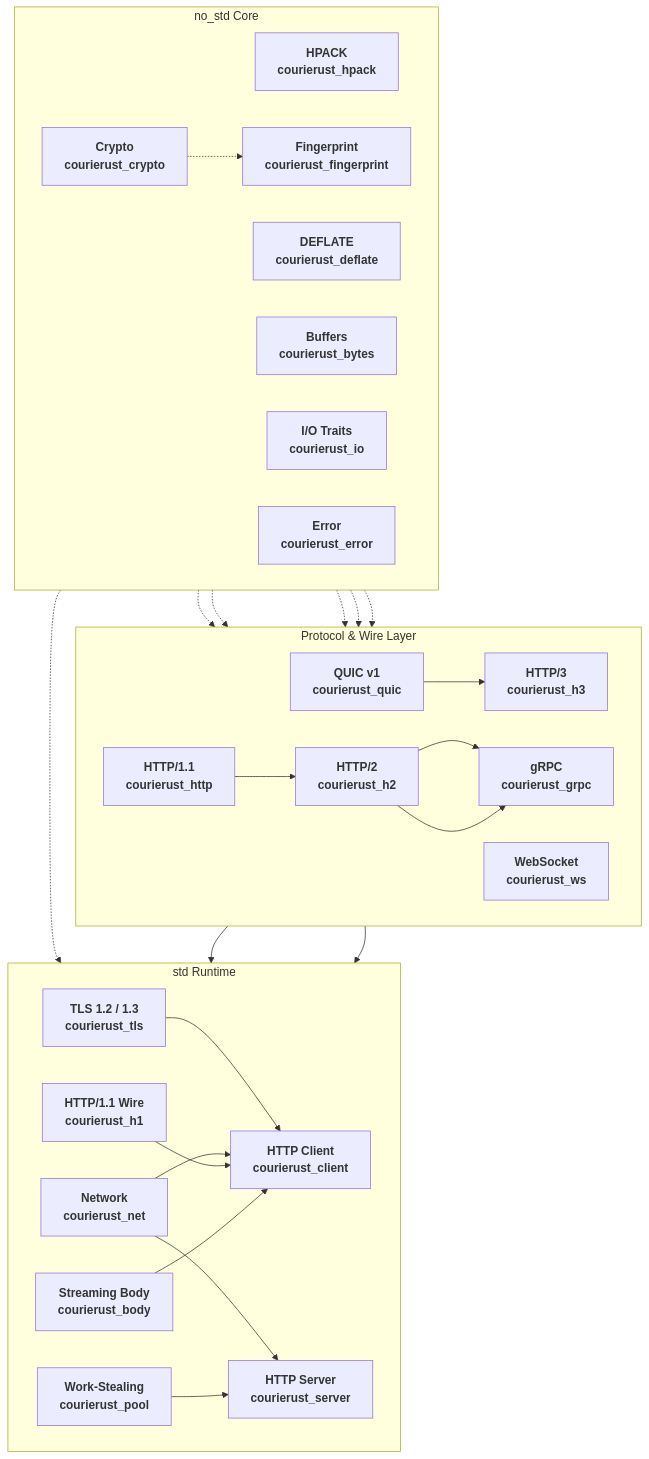
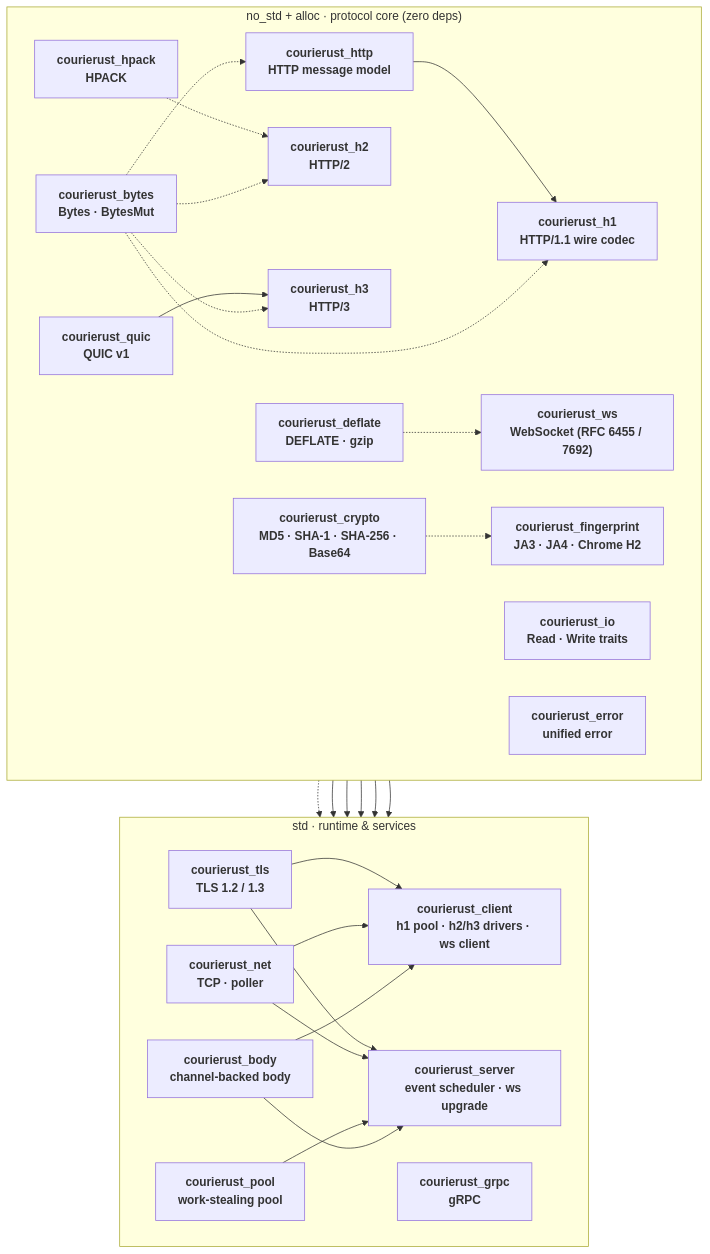
The diagram in README.md (blueokanna/Courierust), drawn with Mermaid before and after one commit. The commit also changed other lines of this file and 43 other files, not shown here.

First line of the commit message:
Update documentation and examples for gRPC, HTTP, and no_std modules

````diff
--- a/README.md
+++ b/README.md
@@ -349,93 +411,72 @@
 flowchart TB
 
     %% ==================================================
-    %% Protocol Layer
+    %% Protocol core: no_std + alloc, zero dependencies
     %% ==================================================
-    subgraph PROTOCOL["Protocol & Wire Layer"]
+    subgraph CORE["no_std + alloc · protocol core (zero deps)"]
         direction LR
 
-        H1M["HTTP/1.1<br/>courierust_http"]
-        H2M["HTTP/2<br/>courierust_h2"]
-        H3M["HTTP/3<br/>courierust_h3"]
-        QUIC["QUIC v1<br/>courierust_quic"]
-        WS["WebSocket<br/>courierust_ws"]
-        GRPC["gRPC<br/>courierust_grpc"]
-
-        H1M --> H2M
-        QUIC --> H3M
-        H2M --> GRPC
+        HTTP["courierust_http<br/>HTTP message model"]
+        H1["courierust_h1<br/>HTTP/1.1 wire codec"]
+        HPACK["courierust_hpack<br/>HPACK"]
+        H2["courierust_h2<br/>HTTP/2"]
+        QUIC["courierust_quic<br/>QUIC v1"]
+        H3["courierust_h3<br/>HTTP/3"]
+        WS["courierust_ws<br/>WebSocket (RFC 6455 / 7692)"]
+        DEFLATE["courierust_deflate<br/>DEFLATE · gzip"]
+        FP["courierust_fingerprint<br/>JA3 · JA4 · Chrome H2"]
+        CRYPTO["courierust_crypto<br/>MD5 · SHA-1 · SHA-256 · Base64"]
+        BYTES["courierust_bytes<br/>Bytes · BytesMut"]
+        IO["courierust_io<br/>Read · Write traits"]
+        ERR["courierust_error<br/>unified error"]
     end
 
-
     %% ==================================================
-    %% Core Layer
+    %% Runtime: std only
     %% ==================================================
-    subgraph CORE["no_std Core"]
+    subgraph RUNTIME["std · runtime & services"]
         direction LR
 
-        HPACK["HPACK<br/>courierust_hpack"]
-        CRYPTO["Crypto<br/>courierust_crypto"]
-        DEFLATE["DEFLATE<br/>courierust_deflate"]
-        FP["Fingerprint<br/>courierust_fingerprint"]
-        BYTES["Buffers<br/>courierust_bytes"]
-        IO["I/O Traits<br/>courierust_io"]
-        ERR["Error<br/>courierust_error"]
+        TLS["courierust_tls<br/>TLS 1.2 / 1.3"]
+        NET["courierust_net<br/>TCP · poller"]
+        POOL["courierust_pool<br/>work-stealing pool"]
+        BODY["courierust_body<br/>channel-backed body"]
+        CLIENT["courierust_client<br/>h1 pool · h2/h3 drivers · ws client"]
+        SERVER["courierust_server<br/>event scheduler · ws upgrade"]
+        GRPC["courierust_grpc<br/>gRPC"]
     end
-
-
-    %% ==================================================
-    %% Runtime Layer
-    %% ==================================================
-    subgraph RUNTIME["std Runtime"]
-        direction LR
-
-        TLS["TLS 1.2 / 1.3<br/>courierust_tls"]
-        NET["Network<br/>courierust_net"]
-        POOL["Work-Stealing<br/>courierust_pool"]
-
-        CLIENT["HTTP Client<br/>courierust_client"]
-        SERVER["HTTP Server<br/>courierust_server"]
-        BODY["Streaming Body<br/>courierust_body"]
-        H1["HTTP/1.1 Wire<br/>courierust_h1"]
-    end
-
 
     %% ==================================================
     %% Dependencies
     %% ==================================================
+    HTTP --> H1
+    HPACK -.-> H2
+    QUIC --> H3
+    DEFLATE -.-> WS
+    CRYPTO -.-> FP
 
-    HPACK -.-> H2M
-    CRYPTO -.-> FP
-    DEFLATE -.-> WS
-
-    BYTES -.-> H1M
-    BYTES -.-> H2M
-    BYTES -.-> H3M
-
+    BYTES -.-> HTTP
+    BYTES -.-> H1
+    BYTES -.-> H2
+    BYTES -.-> H3
     IO -.-> NET
 
+    H1 --> CLIENT
+    H1 --> SERVER
+    H2 --> CLIENT
+    H2 --> GRPC
+    H3 --> CLIENT
     TLS --> CLIENT
+    TLS --> SERVER
     NET --> CLIENT
     NET --> SERVER
     POOL --> SERVER
+    BODY --> CLIENT
+    BODY --> SERVER
 
-    H1 --> CLIENT
-    H2M --> CLIENT
-    H3M --> CLIENT
-    BODY --> CLIENT
-
-    H2M --> GRPC
-
-
-    %% ==================================================
-    %% Styling
-    %% ==================================================
-
-    classDef protocol font-weight:bold;
     classDef core font-weight:bold;
     classDef runtime font-weight:bold;
 
-    class H1M,H2M,H3M,QUIC,WS,GRPC protocol;
-    class HPACK,CRYPTO,DEFLATE,FP,BYTES,IO,ERR core;
-    class TLS,NET,POOL,CLIENT,SERVER,BODY,H1 runtime;
+    class HTTP,H1,HPACK,H2,QUIC,H3,WS,DEFLATE,FP,CRYPTO,BYTES,IO,ERR core;
+    class TLS,NET,POOL,BODY,CLIENT,SERVER,GRPC runtime;
 ```
````
